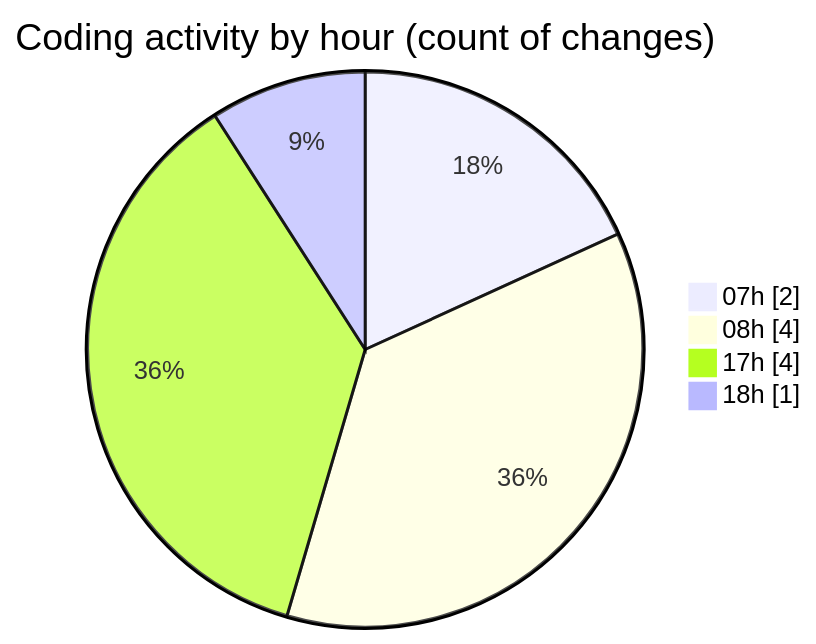
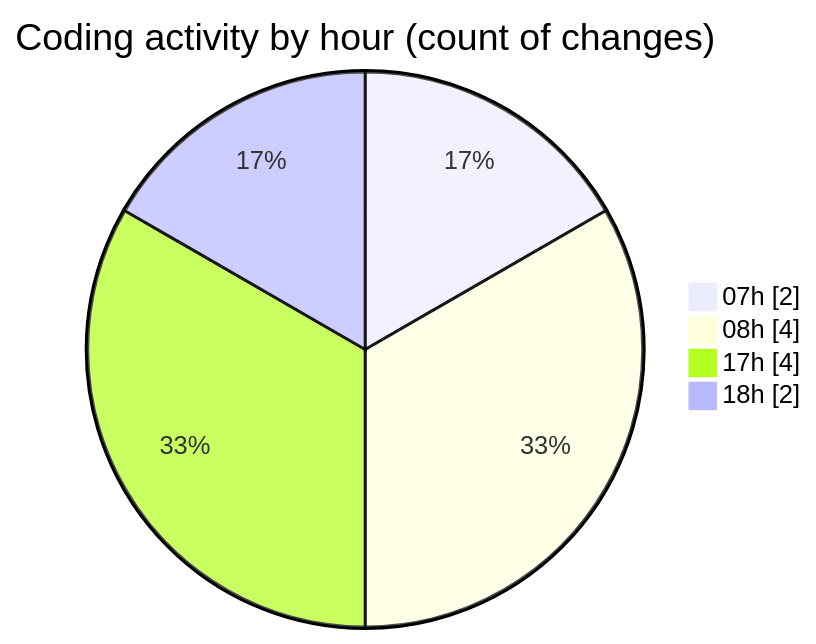
One commit to robertbonfada/code-tracking changed the second of 2 diagrams in 2025-02-19/mbc-web/README.md. Above: the diagram before and after it, drawn with Mermaid. The commit also changed other lines of this file and 1 other file, not shown here.

````diff
--- a/2025-02-19/mbc-web/README.md
+++ b/2025-02-19/mbc-web/README.md
@@ -34,8 +34,8 @@
 ```mermaid
 pie showData
 title Coding activity by hour (count of changes)
 "07h" : 2
 "08h" : 4
 "17h" : 4
-"18h" : 1
+"18h" : 2
 ```
````
